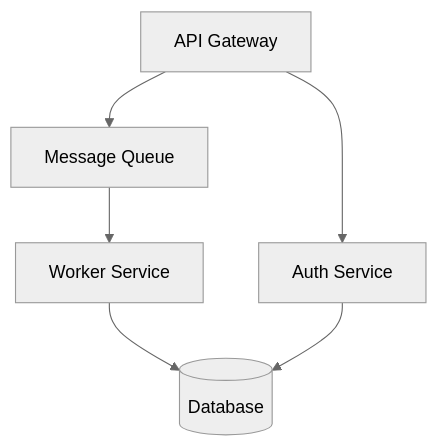
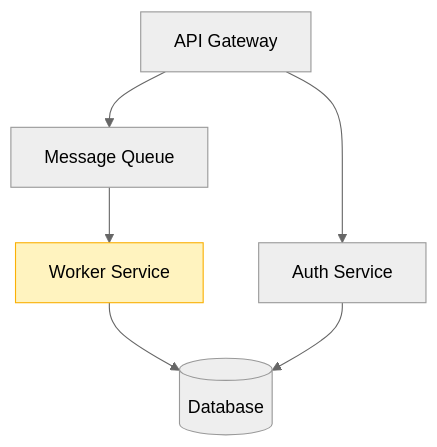
One commit to pksebben/Napkin changed the diagram in skills/napkin/SKILL.md. Above: the diagram before and after it, drawn with Mermaid (neutral theme). The commit also changed other lines of this file and 4 other files, not shown here.

````diff
--- a/skills/napkin/SKILL.md
+++ b/skills/napkin/SKILL.md
@@ -42,14 +55,16 @@
 ```mermaid
 flowchart TD
     API[API Gateway]
     AUTH[Auth Service]
     DB[(Database)]
     QUEUE[Message Queue]
     WORKER[Worker Service]
 
     API --> AUTH
     API --> QUEUE
     QUEUE --> WORKER
     WORKER --> DB
     AUTH --> DB
+
+    style WORKER fill:#fff3bf,stroke:#fab005
 ```
````
